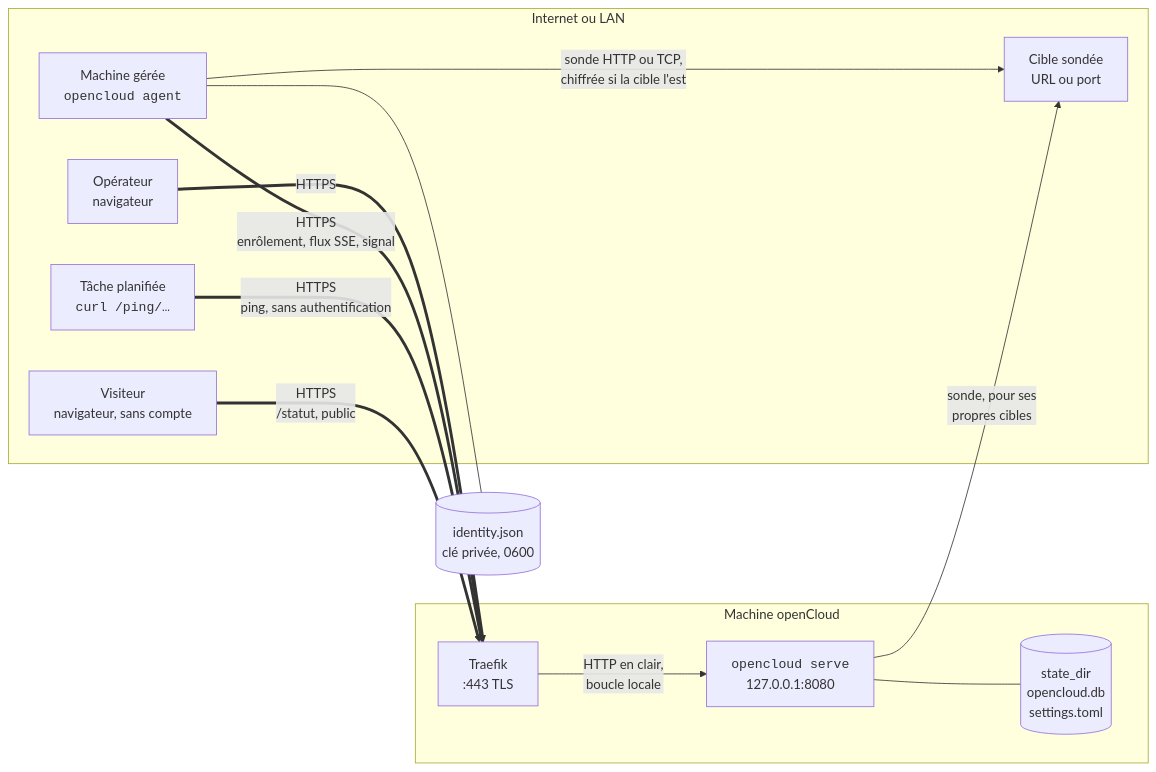
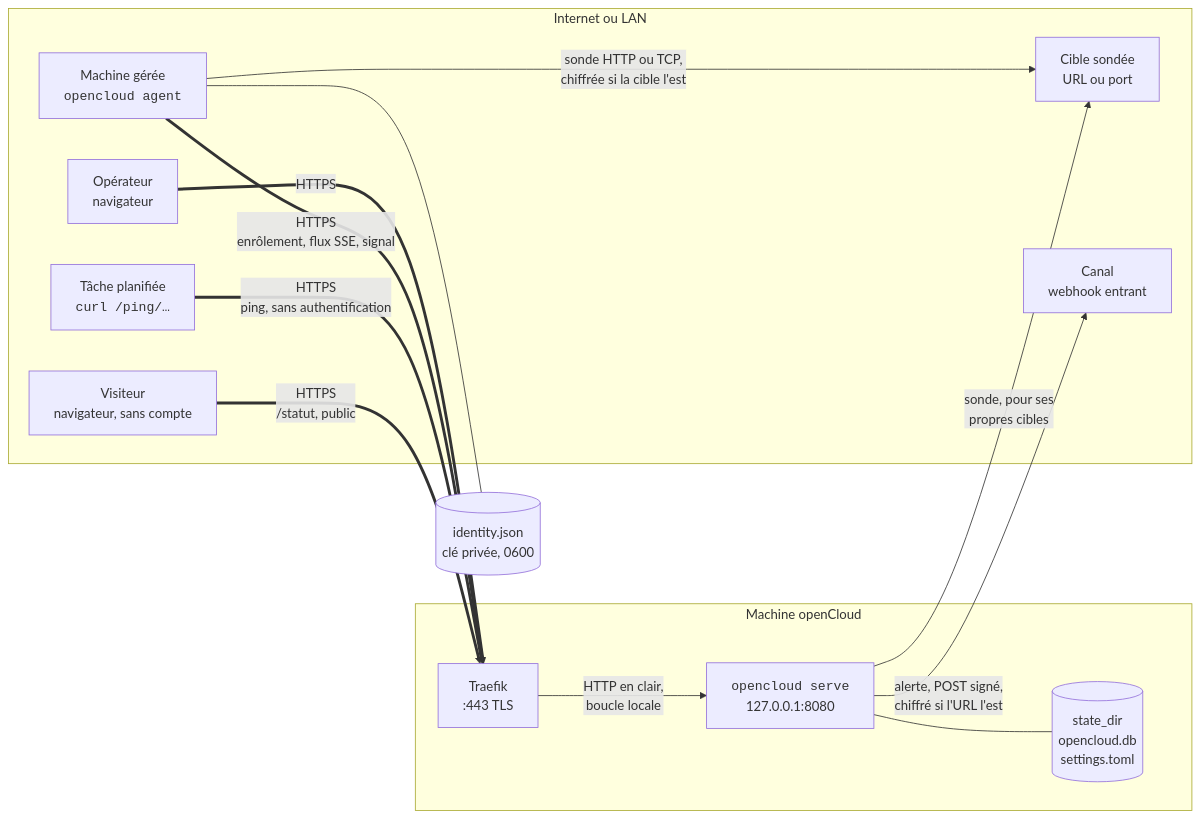
The diagram in docs/projet/22-fonctionnement.md (ldesfontaine/opencloud), drawn with Mermaid before and after one commit. The commit also changed other lines of this file and 2 other files, not shown here.

Commit message:
docs(alertes): comment une alerte naît, se tait et part ; catalogue, seuils, canaux, tables, rétention, garde de sortie

````diff
--- a/docs/projet/22-fonctionnement.md
+++ b/docs/projet/22-fonctionnement.md
@@ -25,24 +26,26 @@
 ```mermaid
 flowchart LR
     subgraph internet["Internet ou LAN"]
         op["Opérateur<br>navigateur"]
         ag["Machine gérée<br><code>opencloud agent</code>"]
         job["Tâche planifiée<br><code>curl /ping/…</code>"]
         tgt["Cible sondée<br>URL ou port"]
         vis["Visiteur<br>navigateur, sans compte"]
+        hook["Canal<br>webhook entrant"]
     end
     subgraph oc["Machine openCloud"]
         tr["Traefik<br>:443 TLS"]
         srv["<code>opencloud serve</code><br>127.0.0.1:8080"]
         db[("state_dir<br>opencloud.db<br>settings.toml")]
         tr -- "HTTP en clair,<br>boucle locale" --> srv
         srv --- db
     end
     op == "HTTPS" ==> tr
     ag == "HTTPS<br>enrôlement, flux SSE, signal" ==> tr
     job == "HTTPS<br>ping, sans authentification" ==> tr
     vis == "HTTPS<br>/statut, public" ==> tr
     ag -- "sonde HTTP ou TCP,<br>chiffrée si la cible l'est" --> tgt
     srv -- "sonde, pour ses<br>propres cibles" --> tgt
+    srv -- "alerte, POST signé,<br>chiffré si l'URL l'est" --> hook
     ag --- id[("identity.json<br>clé privée, 0600")]
 ```
````
